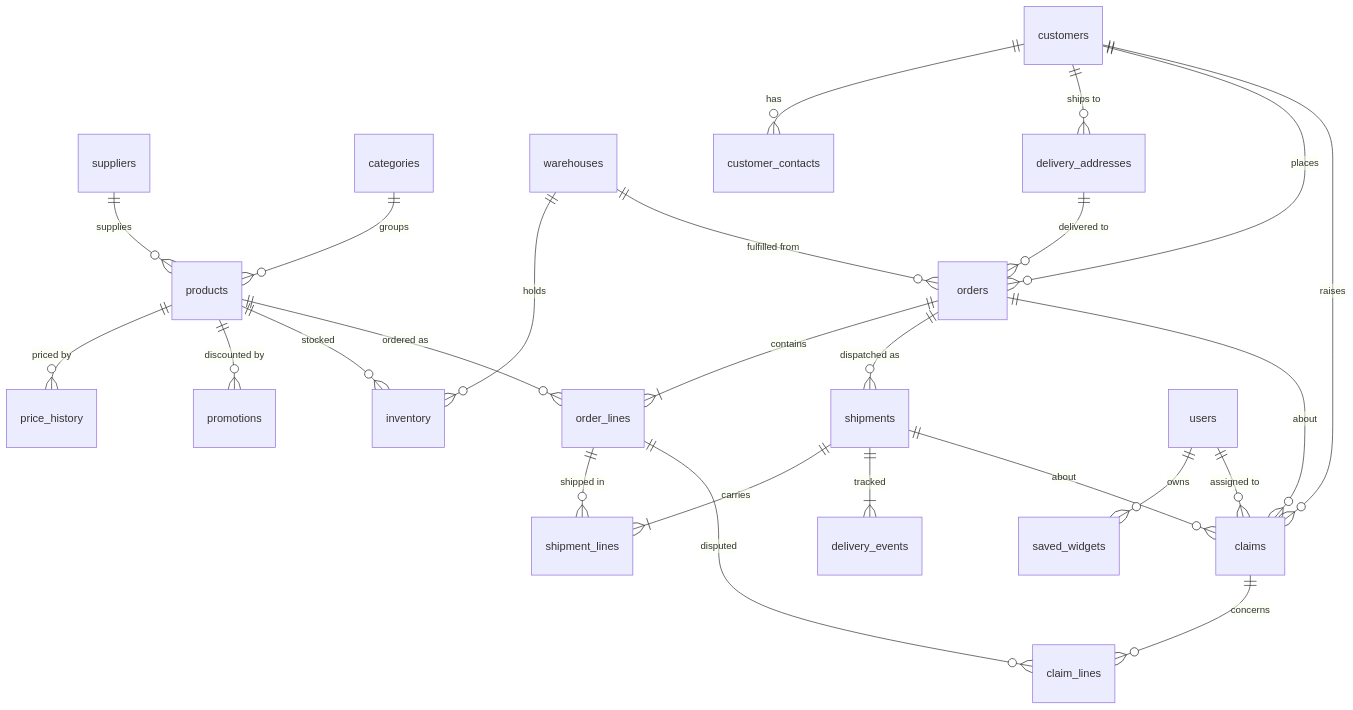
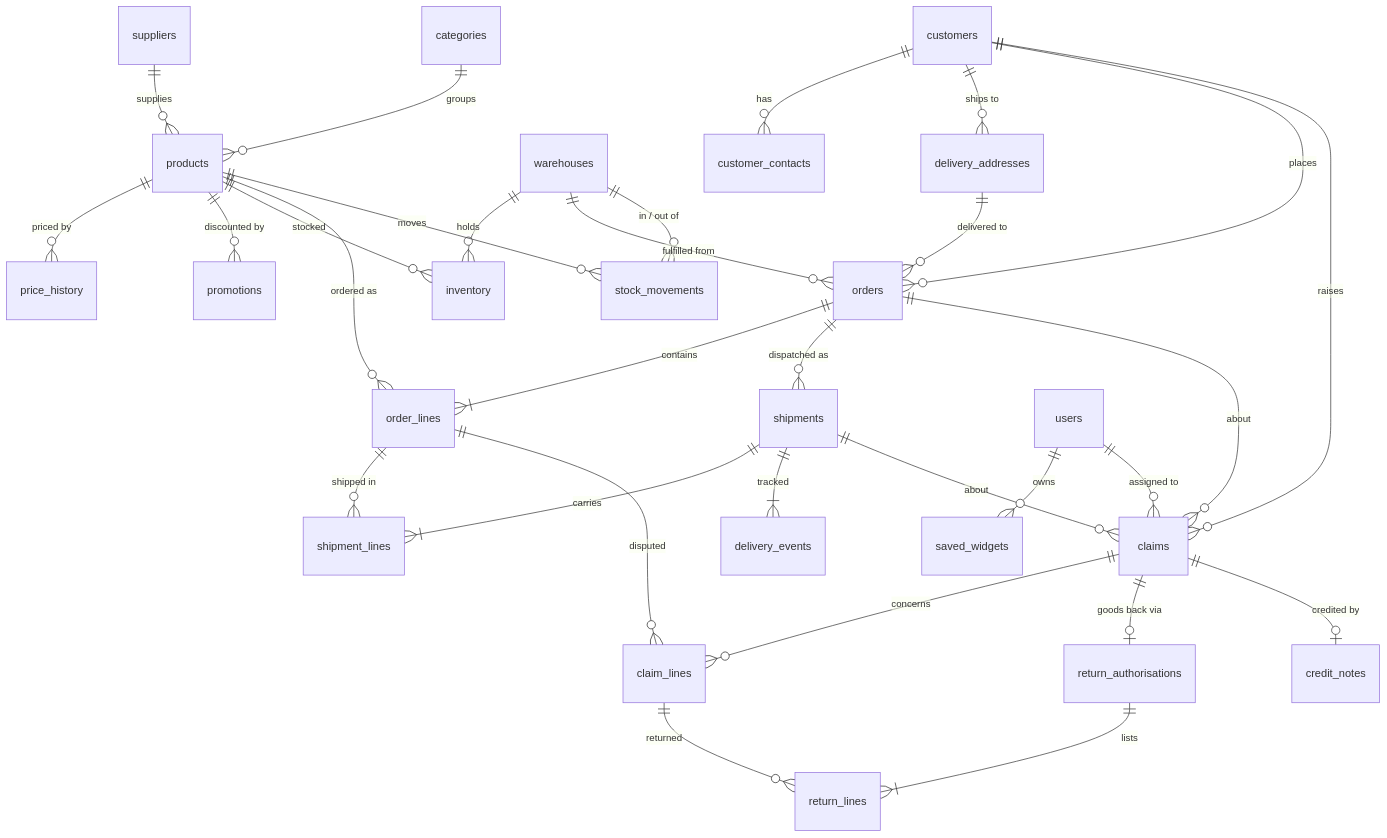
Before and after one commit to ugur-vaadin/ai-dataset-generator: the diagram in domains/nordic_supply/docs/data-model.md, drawn with Mermaid. The commit also changed other lines of this file and 57 other files, not shown here.

````diff
--- a/domains/nordic_supply/docs/data-model.md
+++ b/domains/nordic_supply/docs/data-model.md
@@ -11,27 +11,33 @@
 ```mermaid
 erDiagram
     suppliers ||--o{ products : supplies
     categories ||--o{ products : groups
     products ||--o{ price_history : "priced by"
     products ||--o{ promotions : "discounted by"
     products ||--o{ inventory : stocked
     warehouses ||--o{ inventory : holds
     customers ||--o{ customer_contacts : has
     customers ||--o{ delivery_addresses : "ships to"
     customers ||--o{ orders : places
     delivery_addresses ||--o{ orders : "delivered to"
     warehouses ||--o{ orders : "fulfilled from"
     orders ||--|{ order_lines : contains
     products ||--o{ order_lines : "ordered as"
     orders ||--o{ shipments : "dispatched as"
     shipments ||--|{ shipment_lines : carries
     order_lines ||--o{ shipment_lines : "shipped in"
     shipments ||--|{ delivery_events : tracked
     customers ||--o{ claims : raises
     orders ||--o{ claims : about
     shipments ||--o{ claims : about
     claims ||--o{ claim_lines : concerns
     order_lines ||--o{ claim_lines : disputed
     users ||--o{ saved_widgets : owns
     users ||--o{ claims : "assigned to"
+    claims ||--o| return_authorisations : "goods back via"
+    return_authorisations ||--|{ return_lines : lists
+    claim_lines ||--o{ return_lines : returned
+    claims ||--o| credit_notes : "credited by"
+    products ||--o{ stock_movements : moves
+    warehouses ||--o{ stock_movements : "in / out of"
 ```
````
